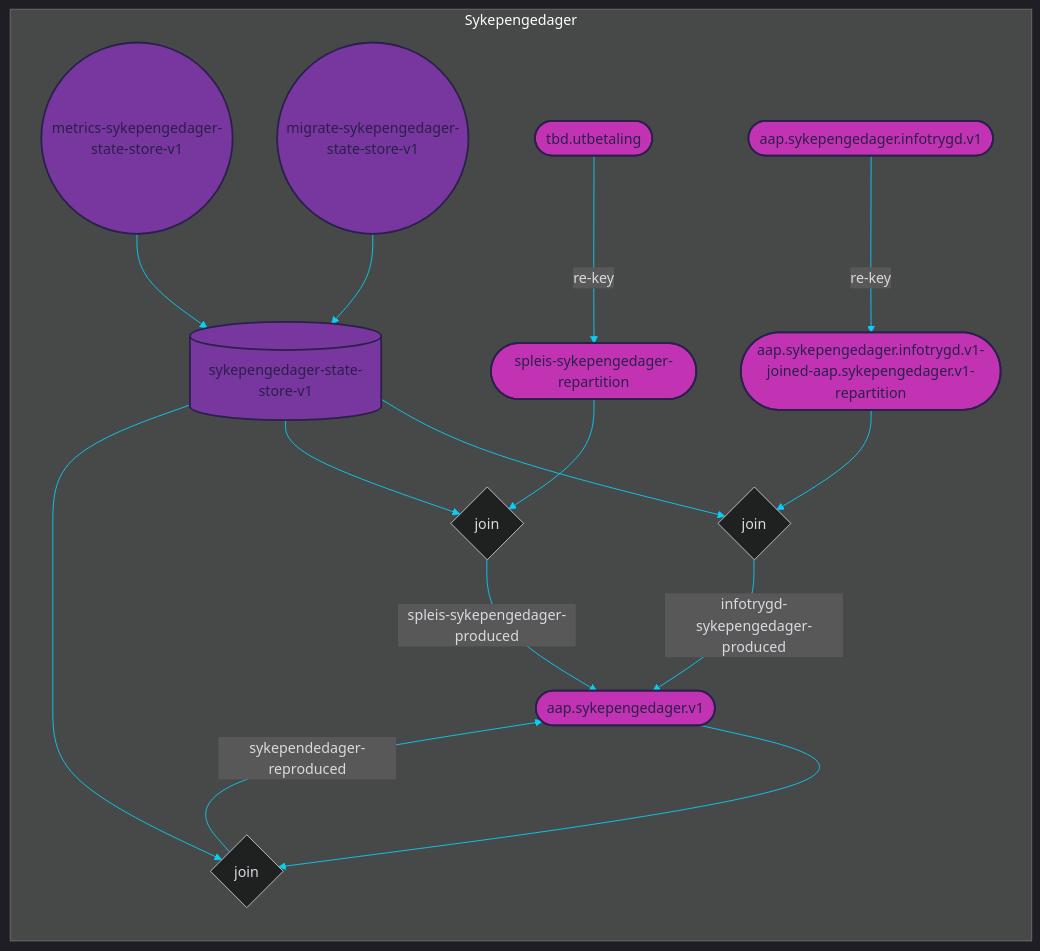
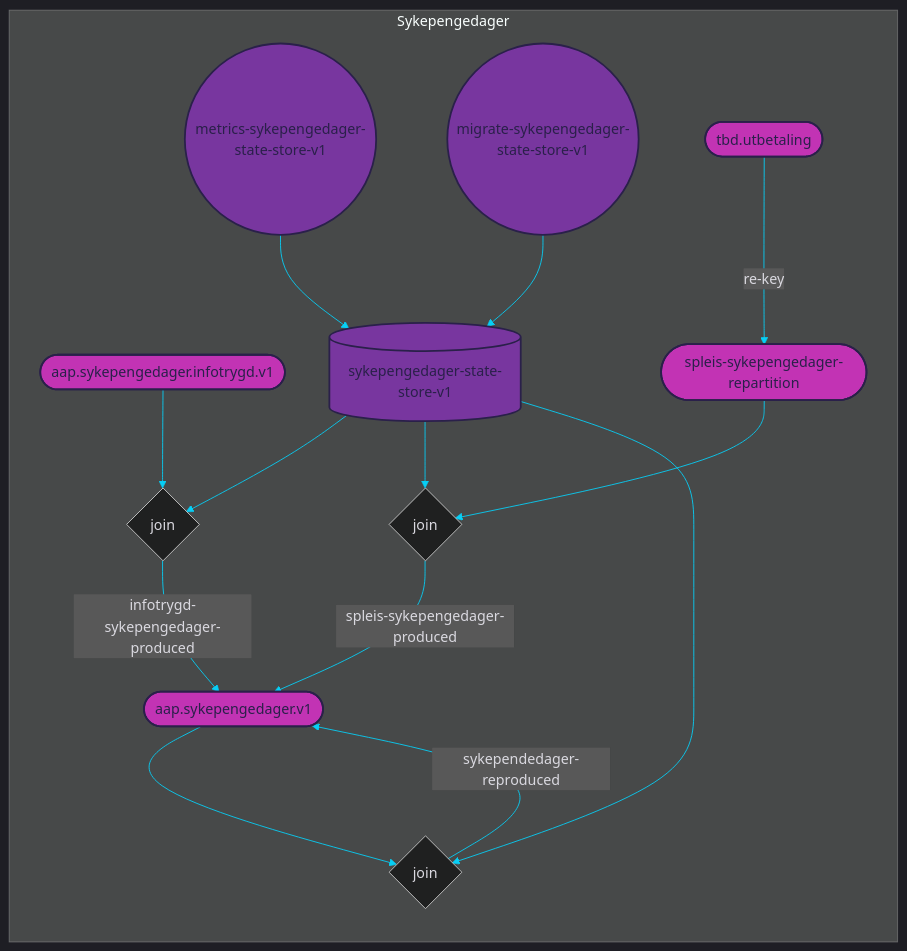
One commit to navikt/aap-sykepengedager changed the diagram in doc/topology.mermaid. Above: the diagram before and after it, drawn with Mermaid. The commit also changed 4 other files, not shown here.

```diff
--- a/doc/topology.mermaid
+++ b/doc/topology.mermaid
@@ -1,61 +1,58 @@
 
 %%{init: {'theme': 'dark', 'themeVariables': { 'primaryColor': '#07cff6', 'textColor': '#dad9e0', 'lineColor': '#07cff6'}}}%%
 
 graph LR
 
 subgraph Sykepengedager
     %% TOPICS
     aap.sykepengedager.v1([aap.sykepengedager.v1])
+	aap.sykepengedager.infotrygd.v1([aap.sykepengedager.infotrygd.v1])
 	spleis-sykepengedager-repartition([spleis-sykepengedager-repartition])
-	aap.sykepengedager.infotrygd.v1-joined-aap.sykepengedager.v1-repartition([aap.sykepengedager.infotrygd.v1-joined-aap.sykepengedager.v1-repartition])
 	tbd.utbetaling([tbd.utbetaling])
-	aap.sykepengedager.infotrygd.v1([aap.sykepengedager.infotrygd.v1])
     
     %% JOINS
     join-0{join}
 	join-1{join}
 	join-2{join}
     
     %% STATE STORES
     sykepengedager-state-store-v1[(sykepengedager-state-store-v1)]
     
     %% PROCESSOR API JOBS
     metrics-sykepengedager-state-store-v1((metrics-sykepengedager-state-store-v1))
 	migrate-sykepengedager-state-store-v1((migrate-sykepengedager-state-store-v1))
     
     %% JOIN STREAMS
-    aap.sykepengedager.infotrygd.v1-joined-aap.sykepengedager.v1-repartition --> join-0
+    aap.sykepengedager.infotrygd.v1 --> join-0
 	sykepengedager-state-store-v1 --> join-0
 	join-0 --> |infotrygd-sykepengedager-produced| aap.sykepengedager.v1
 	spleis-sykepengedager-repartition --> join-1
 	sykepengedager-state-store-v1 --> join-1
 	join-1 --> |spleis-sykepengedager-produced| aap.sykepengedager.v1
 	aap.sykepengedager.v1 --> join-2
 	sykepengedager-state-store-v1 --> join-2
 	join-2 --> |sykependedager-reproduced| aap.sykepengedager.v1
     
     %% JOB STREAMS
     metrics-sykepengedager-state-store-v1 --> sykepengedager-state-store-v1
 	migrate-sykepengedager-state-store-v1 --> sykepengedager-state-store-v1
     
     %% REPARTITION STREAMS
     tbd.utbetaling --> |re-key| spleis-sykepengedager-repartition
-	aap.sykepengedager.infotrygd.v1 --> |re-key| aap.sykepengedager.infotrygd.v1-joined-aap.sykepengedager.v1-repartition
 end
 
 %% COLORS
 %% light    #dad9e0
 %% purple   #78369f
 %% pink     #c233b4
 %% dark     #2a204a
 %% blue     #07cff6
 
 %% STYLES
 style aap.sykepengedager.v1 fill:#c233b4, stroke:#2a204a, stroke-width:2px, color:#2a204a
+style aap.sykepengedager.infotrygd.v1 fill:#c233b4, stroke:#2a204a, stroke-width:2px, color:#2a204a
 style spleis-sykepengedager-repartition fill:#c233b4, stroke:#2a204a, stroke-width:2px, color:#2a204a
-style aap.sykepengedager.infotrygd.v1-joined-aap.sykepengedager.v1-repartition fill:#c233b4, stroke:#2a204a, stroke-width:2px, color:#2a204a
 style tbd.utbetaling fill:#c233b4, stroke:#2a204a, stroke-width:2px, color:#2a204a
-style aap.sykepengedager.infotrygd.v1 fill:#c233b4, stroke:#2a204a, stroke-width:2px, color:#2a204a
 style sykepengedager-state-store-v1 fill:#78369f, stroke:#2a204a, stroke-width:2px, color:#2a204a
 style metrics-sykepengedager-state-store-v1 fill:#78369f, stroke:#2a204a, stroke-width:2px, color:#2a204a
 style migrate-sykepengedager-state-store-v1 fill:#78369f, stroke:#2a204a, stroke-width:2px, color:#2a204a
```
